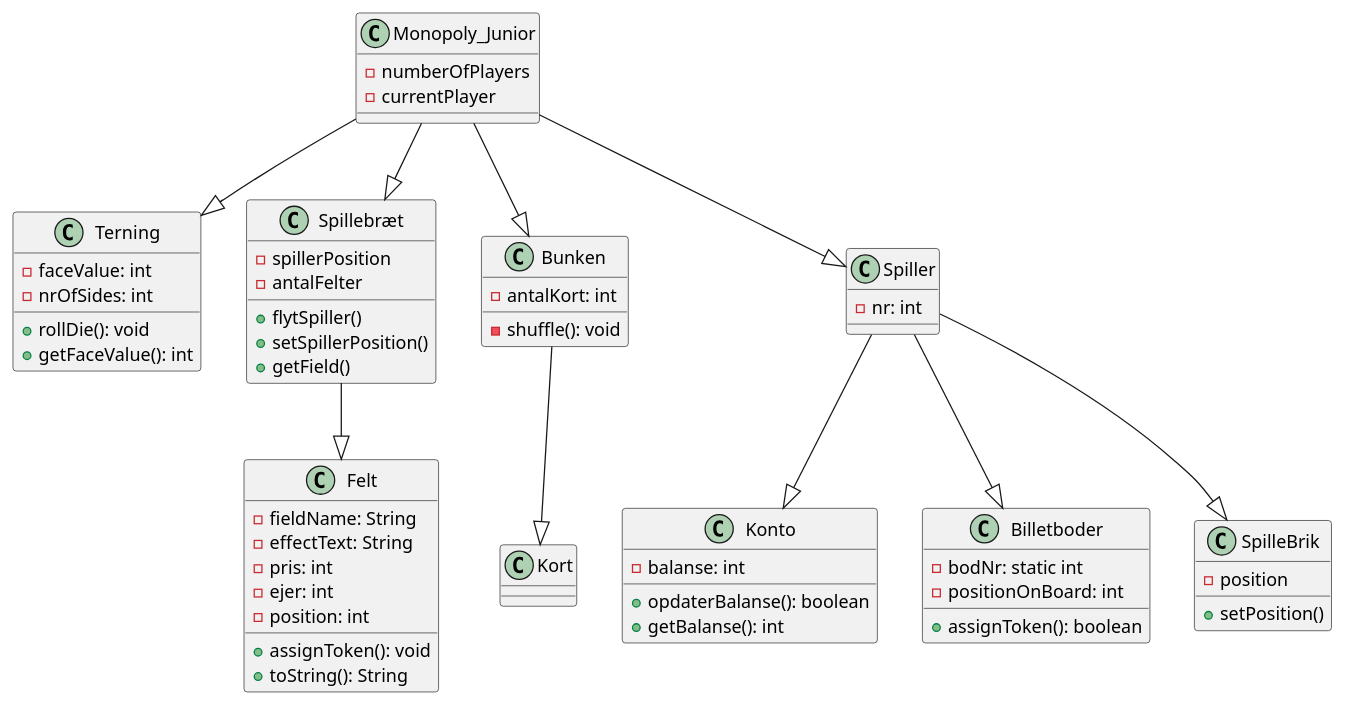
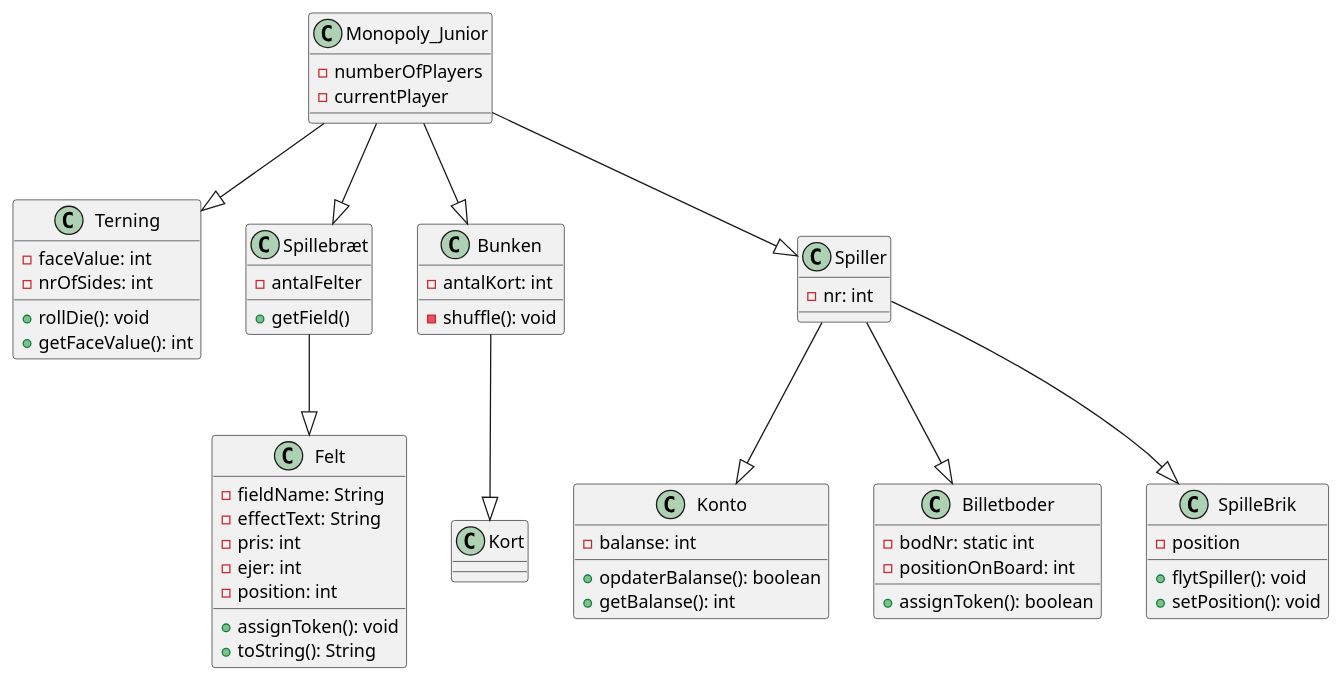
One commit to Greve2001/CDIO3 changed the diagram in diagrams/Design klasse diagram.puml. Above: the diagram before and after it, drawn with PlantUML.

Commit message:
opdateret klasse diagram

```diff
--- a/diagrams/Design klasse diagram.puml
+++ b/diagrams/Design klasse diagram.puml
@@ -1,94 +1,92 @@
 @startuml
 'https://plantuml.com/class-diagram
 
 class "Monopoly_Junior" as Game
 class Terning
 class Spillebræt
 class Felt
 class Bunken
 class Kort
 class Spiller
 class Konto
 class Billetboder
 class SpilleBrik
 
 Game --|> Terning
 Game --|> Bunken
 Game --|> Spiller
 Game --|> Spillebræt
 Spillebræt --|> Felt
 Spiller --|> Billetboder
 Spiller --|> Konto
 Spiller --|> SpilleBrik
 Bunken --|> Kort
 
 class Game {
     -numberOfPlayers
     -currentPlayer
 }
 
 class Terning {
     -faceValue: int
     -nrOfSides: int
     +rollDie(): void
     +getFaceValue(): int
 }
 
 class Spillebræt {
-    -spillerPosition
     -antalFelter
-    +flytSpiller()
-    +setSpillerPosition()
     +getField()
 }
 
 class Felt {
     -fieldName: String
     -effectText: String
     -pris: int
     -ejer: int
     -position: int
 
     +assignToken(): void
     +toString(): String
 
 }
 
 class Kort {
 
 }
 
 'opdaterBalanse() er lavet som boolean, for at kunne returnere hvis en spiller går bankerot'
 class Konto {
     -balanse: int
     +opdaterBalanse(): boolean
     +getBalanse(): int
 }
 
 class Bunken {
     -antalKort: int
     -shuffle(): void
 
 }
 
 class Spiller {
     -nr: int
 }
 
 class SpilleBrik {
     -position
-    +setPosition()
+    +flytSpiller(): void
+    +setPosition(): void
 }
 
 'assignToken er lavet som boolean return i tilfælde af at der ikke er flere tokens'
 class Billetboder {
     -bodNr: static int
     -positionOnBoard: int
     +assignToken(): boolean
 }
 
 
 
 
 
 @enduml
```
